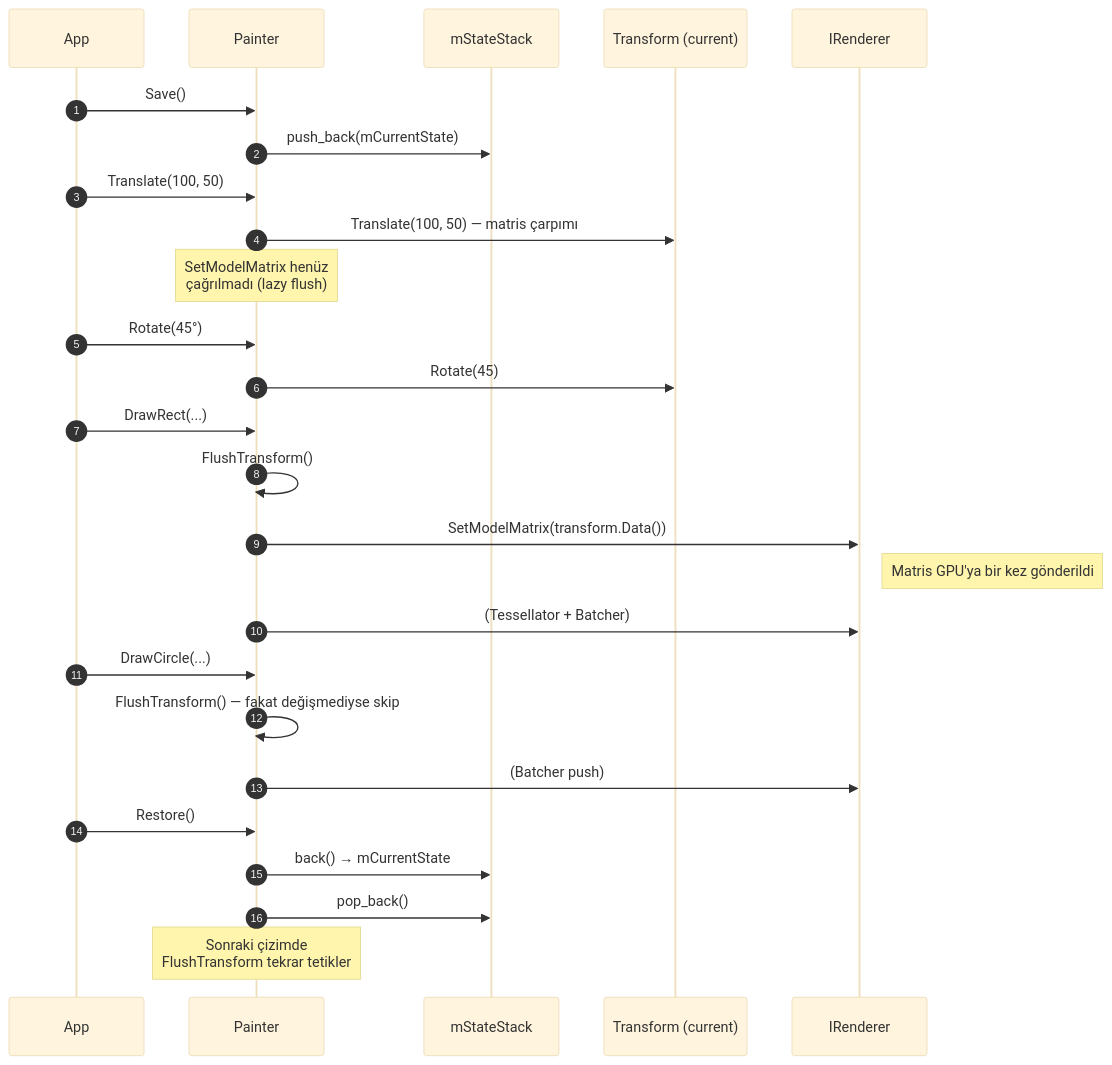
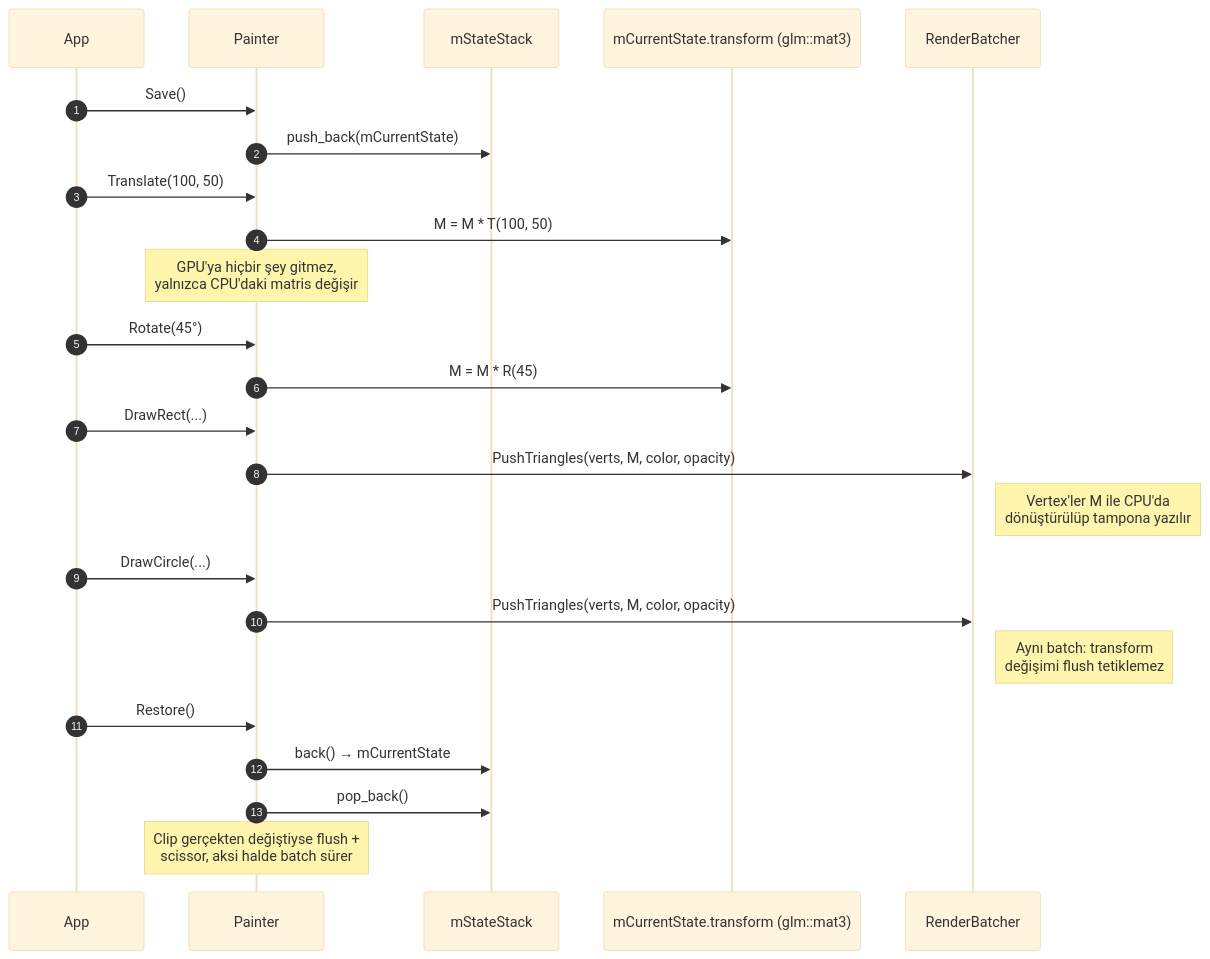
Before and after one commit to yazilimperver/sdl-painter: the fourth of 13 diagrams in doc/akislar.md, drawn with Mermaid (base theme). The commit also changed other lines of this file and 10 other files, not shown here.

Commit message:
doc: dokümanlar ile kod arasındaki farklılıklar giderildi [skip ci]

````diff
--- a/doc/akislar.md
+++ b/doc/akislar.md
@@ -182,34 +180,32 @@
 ```mermaid
 sequenceDiagram
     autonumber
     participant App
     participant P as Painter
     participant S as mStateStack
-    participant T as Transform (current)
-    participant R as IRenderer
+    participant M as mCurrentState.transform (glm::mat3)
+    participant B as RenderBatcher
 
     App->>P: Save()
     P->>S: push_back(mCurrentState)
 
     App->>P: Translate(100, 50)
-    P->>T: Translate(100, 50) — matris çarpımı
-    Note over P: SetModelMatrix henüz<br/>çağrılmadı (lazy flush)
+    P->>M: M = M * T(100, 50)
+    Note over P: GPU'ya hiçbir şey gitmez,<br/>yalnızca CPU'daki matris değişir
 
     App->>P: Rotate(45°)
-    P->>T: Rotate(45)
+    P->>M: M = M * R(45)
 
     App->>P: DrawRect(...)
-    P->>P: FlushTransform()
-    P->>R: SetModelMatrix(transform.Data())
-    Note right of R: Matris GPU'ya bir kez gönderildi
-    P->>R: (Tessellator + Batcher)
+    P->>B: PushTriangles(verts, M, color, opacity)
+    Note right of B: Vertex'ler M ile CPU'da<br/>dönüştürülüp tampona yazılır
 
     App->>P: DrawCircle(...)
-    P->>P: FlushTransform() — fakat değişmediyse skip
-    P->>R: (Batcher push)
+    P->>B: PushTriangles(verts, M, color, opacity)
+    Note right of B: Aynı batch: transform<br/>değişimi flush tetiklemez
 
     App->>P: Restore()
     P->>S: back() → mCurrentState
     P->>S: pop_back()
-    Note over P: Sonraki çizimde<br/>FlushTransform tekrar tetikler
+    Note over P: Clip gerçekten değiştiyse flush +<br/>scissor, aksi halde batch sürer
 ```
````
